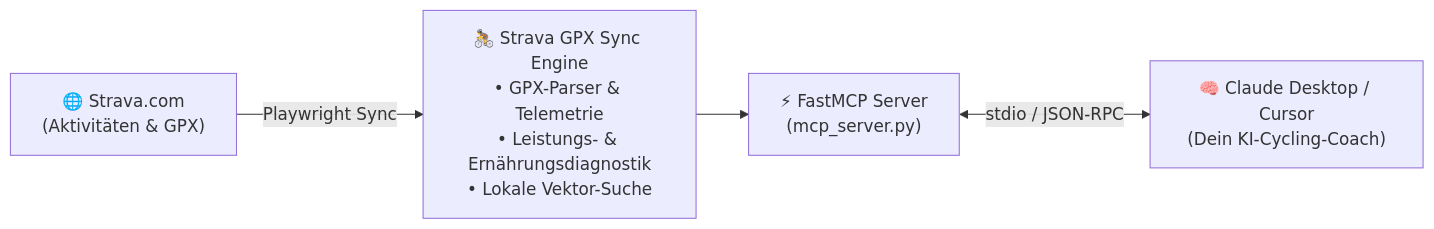
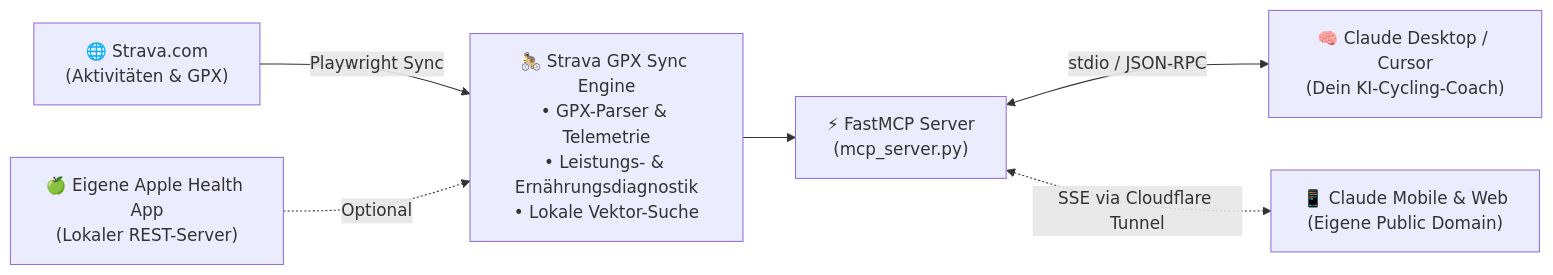
Before and after one commit to Hannes-frbg/strava-gpx-sync: the diagram in README.md, drawn with Mermaid. The commit also changed other lines of this file and 1 other file, not shown here.

Commit message:
feat: add CI test workflow, Apple Health API spec, and Cloudflare Tunnel guide

````diff
--- a/README.md
+++ b/README.md
@@ -57,6 +58,8 @@
 ```mermaid
 flowchart LR
     Strava["🌐 Strava.com<br/>(Aktivitäten & GPX)"] -->|Playwright Sync| Core["🚴 Strava GPX Sync Engine<br/>• GPX-Parser & Telemetrie<br/>• Leistungs- & Ernährungsdiagnostik<br/>• Lokale Vektor-Suche"]
+    Health["🍏 Eigene Apple Health App<br/>(Lokaler REST-Server)"] -.->|Optional| Core
     Core --> FastMCP["⚡ FastMCP Server<br/>(mcp_server.py)"]
     FastMCP <-->|stdio / JSON-RPC| Claude["🧠 Claude Desktop / Cursor<br/>(Dein KI-Cycling-Coach)"]
+    FastMCP <-.->|SSE via Cloudflare Tunnel| Mobile["📱 Claude Mobile & Web<br/>(Eigene Public Domain)"]
 ```
````
